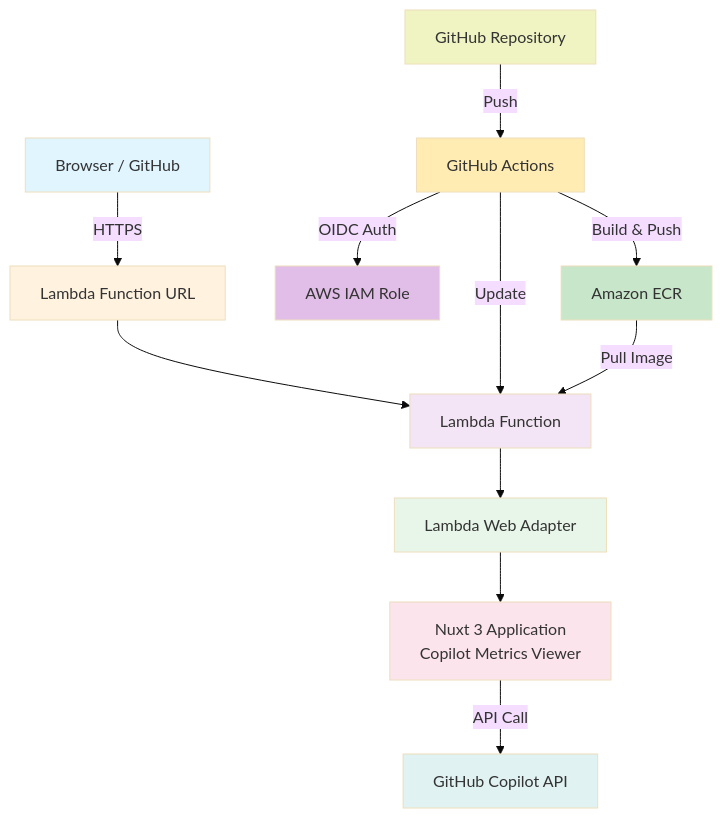
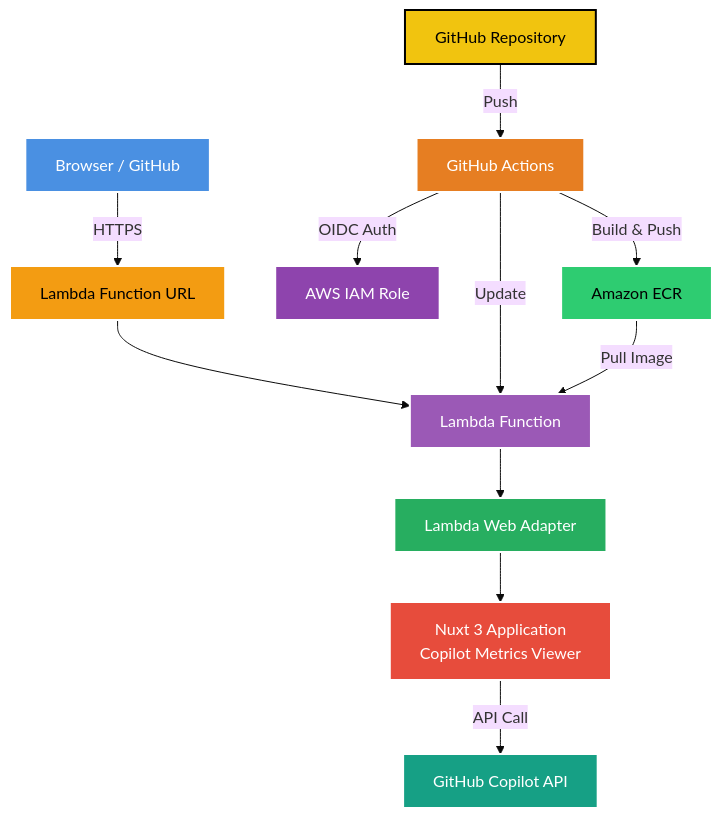
Before and after one commit to snickerjp/copilot-metrics-viewer-lambda-urls: the first of 4 diagrams in README.ja.md, drawn with Mermaid (base theme). The commit also changed other lines of this file and 1 other file, not shown here.

Commit message:
change color

````diff
--- a/README.ja.md
+++ b/README.ja.md
@@ -7,25 +7,25 @@
 ```mermaid
 graph TB
     A[Browser / GitHub] -->|HTTPS| B[Lambda Function URL]
     B --> C[Lambda Function]
     C --> D[Lambda Web Adapter]
     D --> E[Nuxt 3 Application<br/>Copilot Metrics Viewer]
     E -->|API Call| F[GitHub Copilot API]
     
     G[GitHub Repository] -->|Push| H[GitHub Actions]
     H -->|OIDC Auth| I[AWS IAM Role]
     H -->|Build & Push| J[Amazon ECR]
     H -->|Update| C
     J -->|Pull Image| C
     
-    style A fill:#e1f5ff
-    style B fill:#fff3e0
-    style C fill:#f3e5f5
-    style D fill:#e8f5e9
-    style E fill:#fce4ec
-    style F fill:#e0f2f1
-    style G fill:#f0f4c3
-    style H fill:#ffecb3
-    style I fill:#e1bee7
-    style J fill:#c8e6c9
+    style A fill:#4a90e2,stroke:#fff,stroke-width:2px,color:#fff
+    style B fill:#f39c12,stroke:#fff,stroke-width:2px,color:#000
+    style C fill:#9b59b6,stroke:#fff,stroke-width:2px,color:#fff
+    style D fill:#27ae60,stroke:#fff,stroke-width:2px,color:#fff
+    style E fill:#e74c3c,stroke:#fff,stroke-width:2px,color:#fff
+    style F fill:#16a085,stroke:#fff,stroke-width:2px,color:#fff
+    style G fill:#f1c40f,stroke:#000,stroke-width:2px,color:#000
+    style H fill:#e67e22,stroke:#fff,stroke-width:2px,color:#fff
+    style I fill:#8e44ad,stroke:#fff,stroke-width:2px,color:#fff
+    style J fill:#2ecc71,stroke:#fff,stroke-width:2px,color:#000
 ```
````
